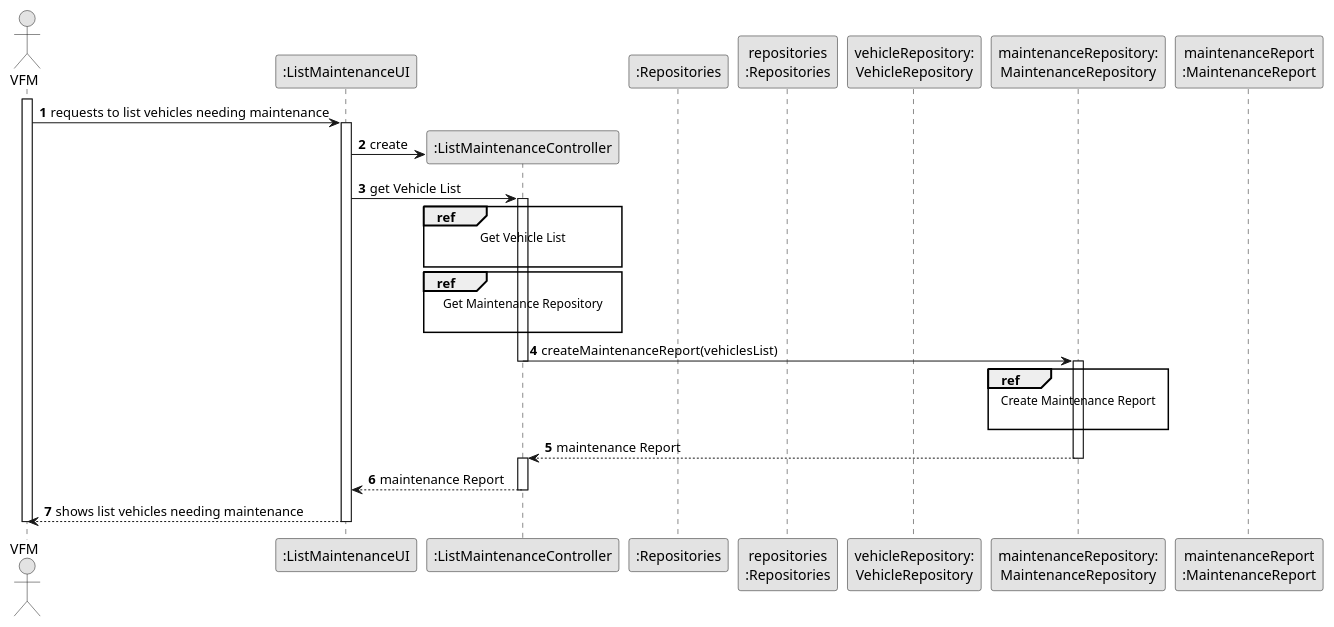
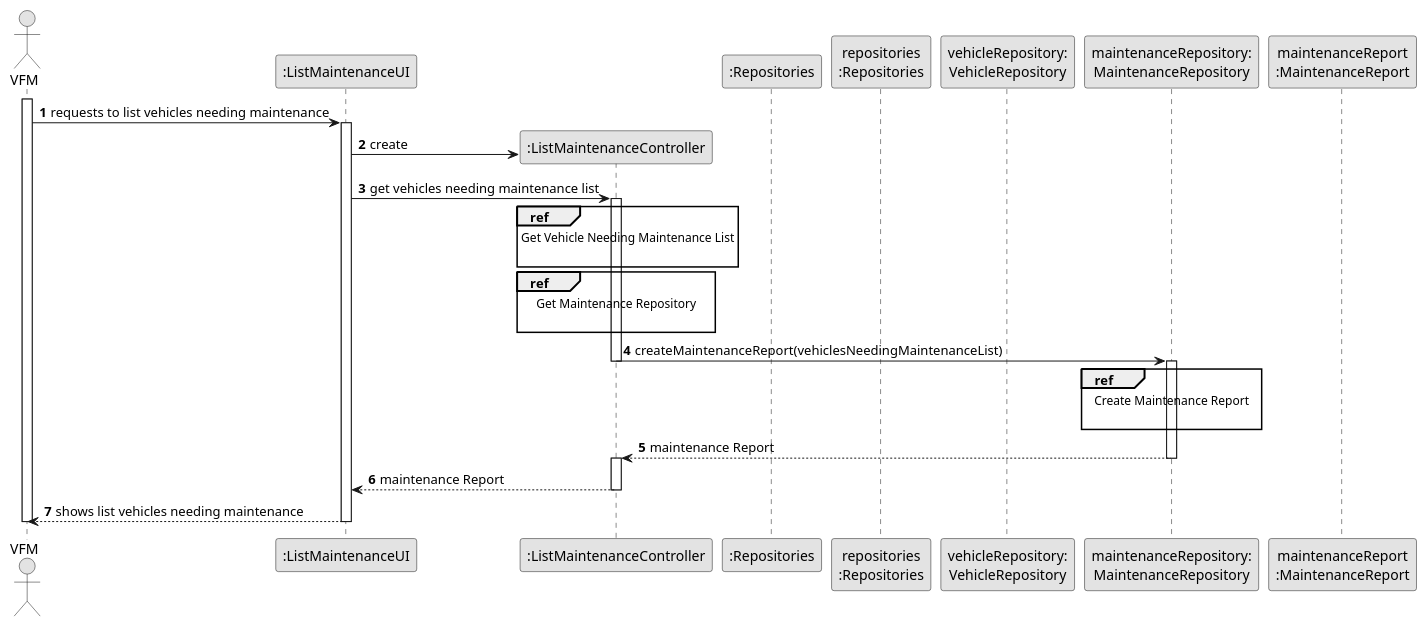
Before and after one commit to ricardomm7/leaflink: the diagram in docs/sprintB/us008/03.design/puml/us008-sequence-diagram-split.puml, drawn with PlantUML. The commit also changed 18 other files, not shown here.

```diff
--- a/docs/sprintB/us008/03.design/puml/us008-sequence-diagram-split.puml
+++ b/docs/sprintB/us008/03.design/puml/us008-sequence-diagram-split.puml
@@ -1,62 +1,62 @@
 @startuml
 skinparam monochrome true
 skinparam packageStyle rectangle
 skinparam shadowing false
 
 autonumber
 
 'hide footbox
 actor "VFM" as VFM
 participant ":ListMaintenanceUI" as UI
 participant ":ListMaintenanceController" as CTRL
 participant ":Repositories" as RepositorySingleton
 participant "repositories\n:Repositories" as PLAT
 participant "vehicleRepository:\nVehicleRepository" as VehicleRepository
 participant "maintenanceRepository:\nMaintenanceRepository" as MaintenanceRepository
 participant "maintenanceReport\n:MaintenanceReport" as MaintenanceReport
 
 activate VFM
 
     VFM -> UI : requests to list vehicles needing maintenance
     activate UI
 
         UI -> CTRL** : create
 
-        UI -> CTRL : get Vehicle List
+        UI -> CTRL : get vehicles needing maintenance list
         activate CTRL
 
         ref over CTRL
-                                            Get Vehicle List
+                                            Get Vehicle Needing Maintenance List
 
                                                 end ref
 
         ref over CTRL
                                             Get Maintenance Repository
 
                                                 end ref
 
 
-                CTRL -> MaintenanceRepository : createMaintenanceReport(vehiclesList)
+                CTRL -> MaintenanceRepository : createMaintenanceReport(vehiclesNeedingMaintenanceList)
                 deactivate CTRL
                 activate MaintenanceRepository
 
         ref over MaintenanceRepository
                                             Create Maintenance Report
 
                                                  end ref
 
 
                 MaintenanceRepository --> CTRL : maintenance Report
                 deactivate MaintenanceRepository
 
             activate CTRL
 
             CTRL --> UI : maintenance Report
             deactivate CTRL
 
         UI --> VFM : shows list vehicles needing maintenance
     deactivate UI
 
 deactivate VFM
 
 @enduml
```
